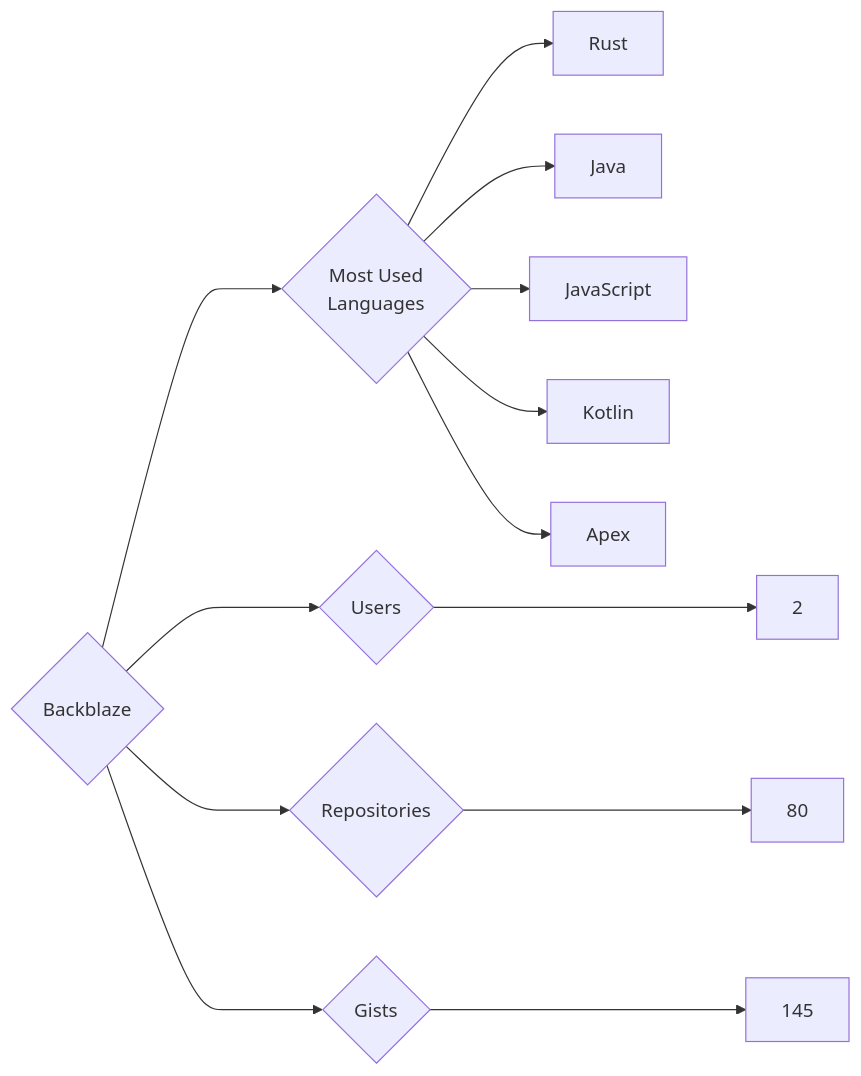
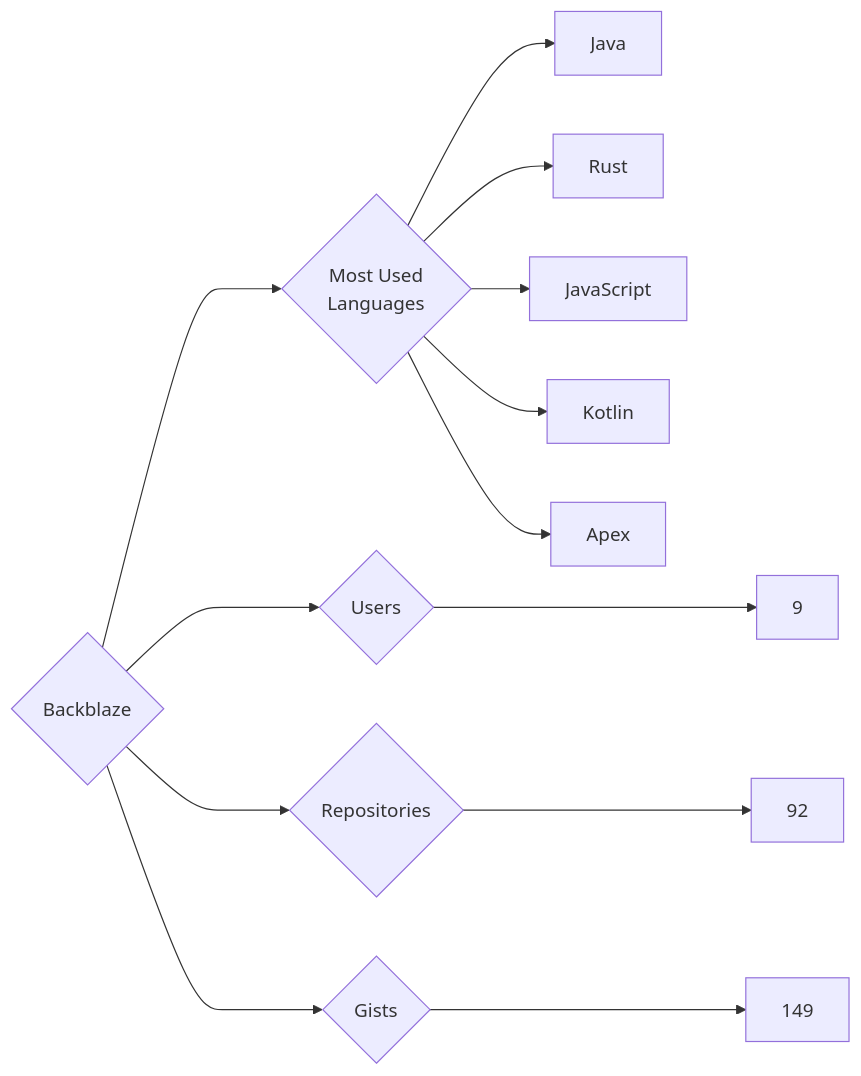
One commit to trickest/insiders changed the diagram in targets/Backblaze/README.md. Above: the diagram before and after it, drawn with Mermaid. The commit also changed 640 other files, not shown here.

````diff
--- a/targets/Backblaze/README.md
+++ b/targets/Backblaze/README.md
@@ -3,13 +3,13 @@
 ```mermaid
 graph LR
 COMPANY_NAME{Backblaze}
-COMPANY_NAME ---> U{Users} ---> UN[2]
-COMPANY_NAME ---> R{Repositories} ---> RN[80]
-COMPANY_NAME ---> G{Gists} ---> GN[145]
+COMPANY_NAME ---> U{Users} ---> UN[9]
+COMPANY_NAME ---> R{Repositories} ---> RN[92]
+COMPANY_NAME ---> G{Gists} ---> GN[149]
 COMPANY_NAME ---> ML{Most Used<br>Languages}
+ML --> Java[Java]
 ML --> Rust[Rust]
-ML --> Java[Java]
 ML --> JavaScript[JavaScript]
 ML --> Kotlin[Kotlin]
 ML --> Apex[Apex]
 ```
````
